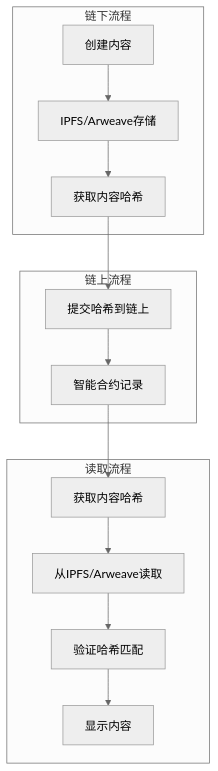
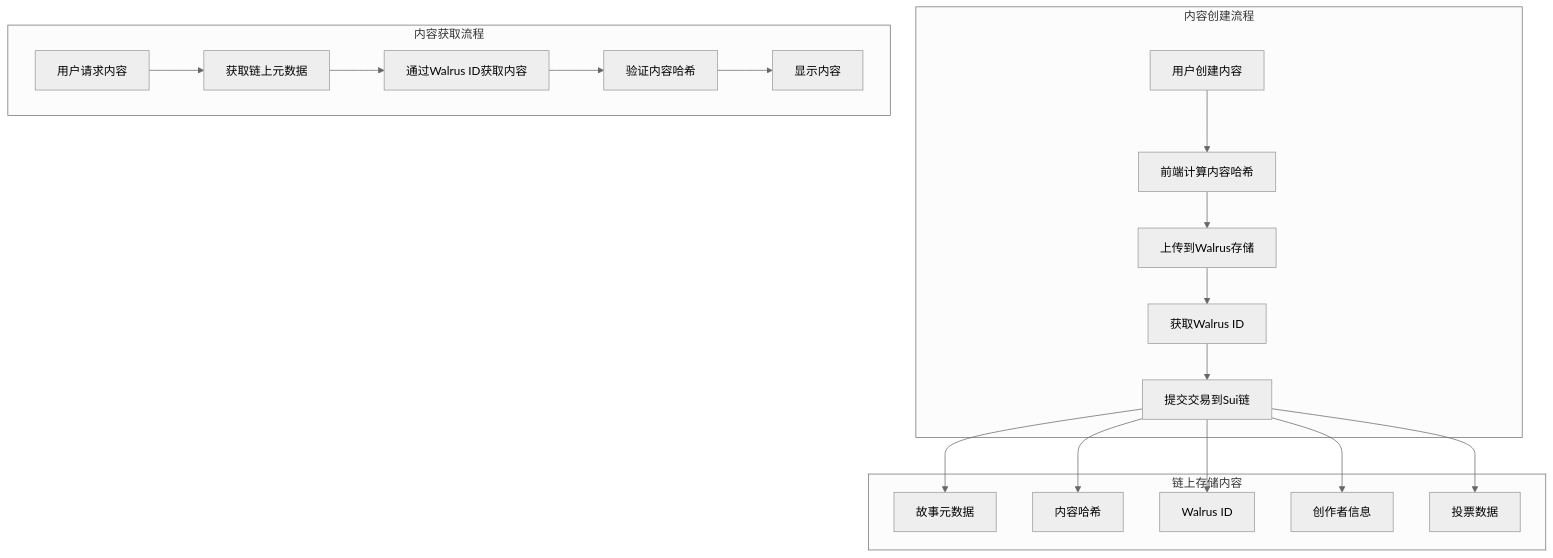
One commit to DudeGuuud/NarrFlow-Web3 changed the eighth of 13 diagrams in demonstrate.md. Above: the diagram before and after it, drawn with Mermaid (neutral theme). The commit also changed other lines of this file and 3 other files, not shown here.

````diff
--- a/demonstrate.md
+++ b/demonstrate.md
@@ -240,19 +235,24 @@
 ```mermaid
 graph TB
-    subgraph "链下流程"
-        A[创建内容] --> B[IPFS/Arweave存储]
-        B --> C[获取内容哈希]
+    subgraph "内容创建流程"
+        A[用户创建内容] --> B[前端计算内容哈希]
+        B --> C[上传到Walrus存储]
+        C --> D[获取Walrus ID]
+        D --> E[提交交易到Sui链]
     end
     
-    subgraph "链上流程"
-        C --> D[提交哈希到链上]
-        D --> E[智能合约记录]
+    subgraph "链上存储内容"
+        E --> F[故事元数据]
+        E --> G[内容哈希]
+        E --> H[Walrus ID]
+        E --> I[创作者信息]
+        E --> J[投票数据]
     end
     
-    subgraph "读取流程"
-        E --> F[获取内容哈希]
-        F --> G[从IPFS/Arweave读取]
-        G --> H[验证哈希匹配]
-        H --> I[显示内容]
+    subgraph "内容获取流程"
+        K[用户请求内容] --> L[获取链上元数据]
+        L --> M[通过Walrus ID获取内容]
+        M --> N[验证内容哈希]
+        N --> O[显示内容]
     end
 ```
````
